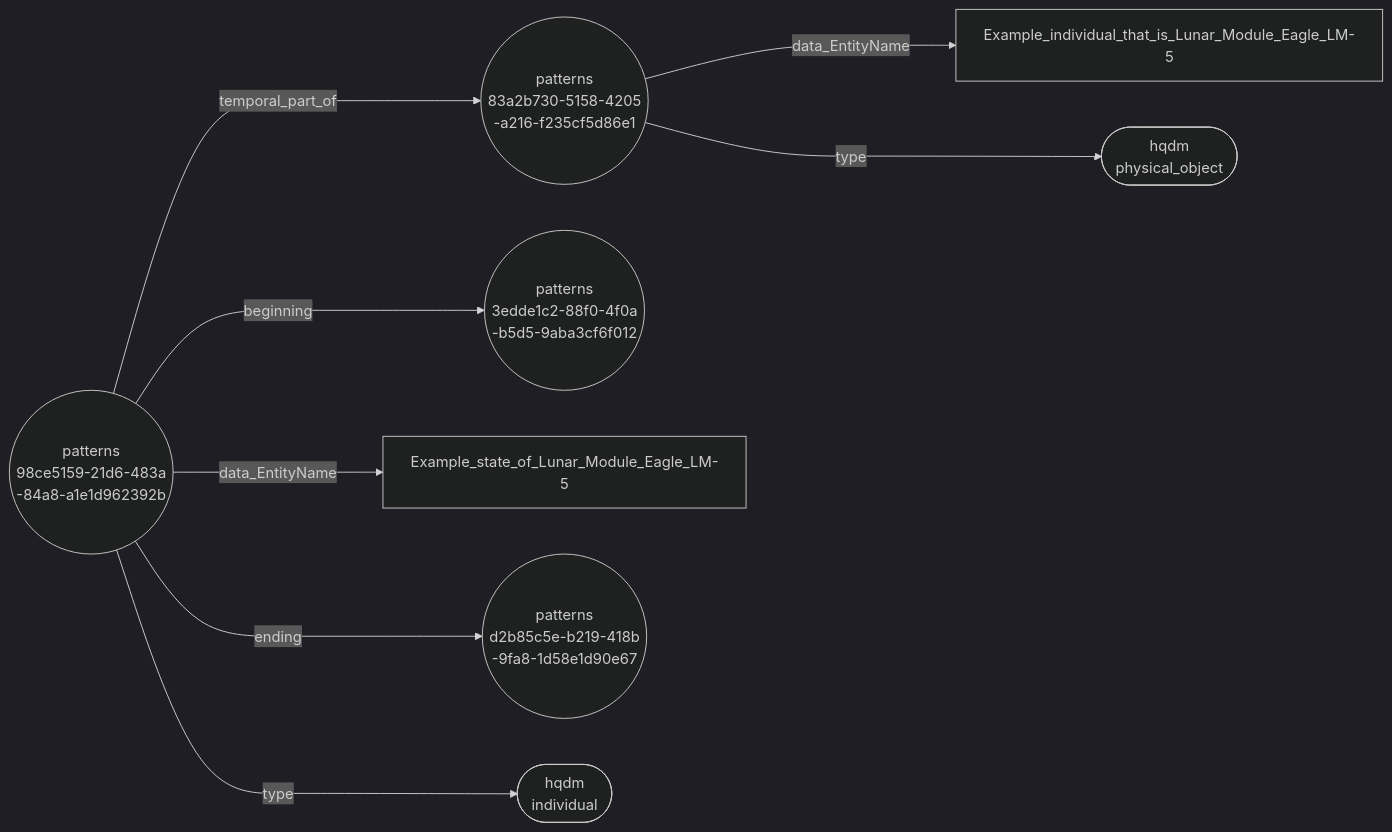
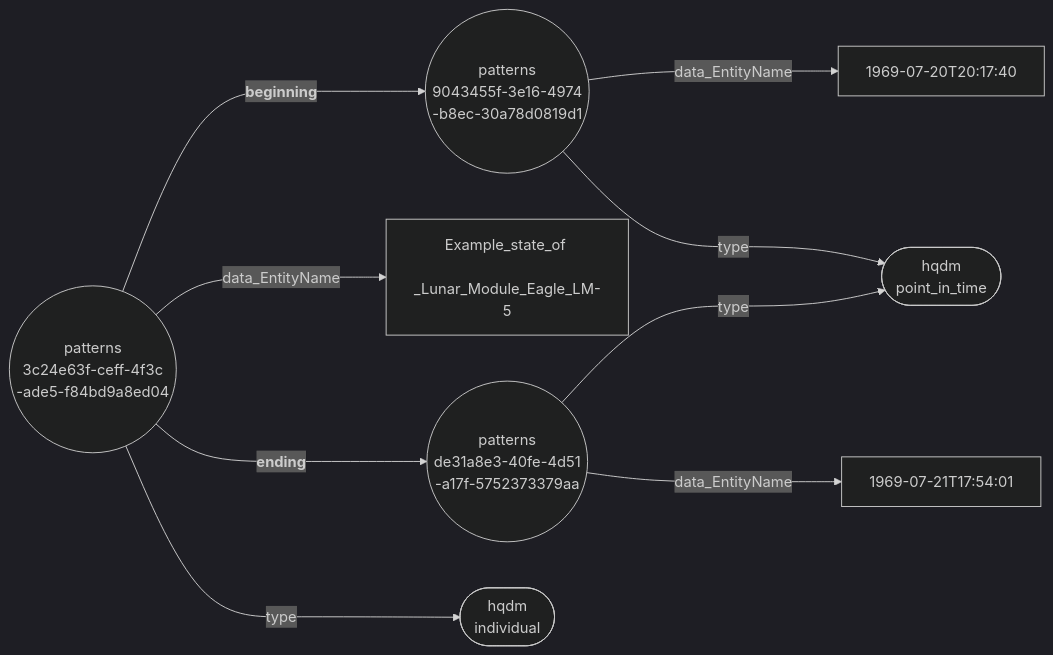
One commit to ClimbingAl/HqdmPatterns changed the diagram in docs/extras/example-files/temporalPartOfIncEventsNodeEdgeGraph.mermaid. Above: the diagram before and after it, drawn with Mermaid (dark theme). The commit also changed 121 other files, not shown here.

Commit message:
Updates to individual example to validate nodeEdge featrues

````diff
--- a/docs/extras/example-files/temporalPartOfIncEventsNodeEdgeGraph.mermaid
+++ b/docs/extras/example-files/temporalPartOfIncEventsNodeEdgeGraph.mermaid
@@ -1,10 +1,11 @@
 ``` mermaid
 graph LR
-  83a2b730-5158-4205-a216-f235cf5d86e1(("patterns <br> 83a2b730-5158-4205 <br> -a216-f235cf5d86e1"))--->|data_EntityName|Example_individual_that_is_Lunar_Module_Eagle_LM-5[Example_individual_that_is_Lunar_Module_Eagle_LM-5];
-  83a2b730-5158-4205-a216-f235cf5d86e1(("patterns <br> 83a2b730-5158-4205 <br> -a216-f235cf5d86e1"))--->|type|physical_object(["hqdm <br> physical_object"]);
-  98ce5159-21d6-483a-84a8-a1e1d962392b(("patterns <br> 98ce5159-21d6-483a <br> -84a8-a1e1d962392b"))--->|beginning|3edde1c2-88f0-4f0a-b5d5-9aba3cf6f012(("patterns <br> 3edde1c2-88f0-4f0a <br> -b5d5-9aba3cf6f012"));
-  98ce5159-21d6-483a-84a8-a1e1d962392b(("patterns <br> 98ce5159-21d6-483a <br> -84a8-a1e1d962392b"))--->|temporal_part_of|83a2b730-5158-4205-a216-f235cf5d86e1(("patterns <br> 83a2b730-5158-4205 <br> -a216-f235cf5d86e1"));
-  98ce5159-21d6-483a-84a8-a1e1d962392b(("patterns <br> 98ce5159-21d6-483a <br> -84a8-a1e1d962392b"))--->|data_EntityName|Example_state_of_Lunar_Module_Eagle_LM-5[Example_state_of_Lunar_Module_Eagle_LM-5];
-  98ce5159-21d6-483a-84a8-a1e1d962392b(("patterns <br> 98ce5159-21d6-483a <br> -84a8-a1e1d962392b"))--->|ending|d2b85c5e-b219-418b-9fa8-1d58e1d90e67(("patterns <br> d2b85c5e-b219-418b <br> -9fa8-1d58e1d90e67"));
-  98ce5159-21d6-483a-84a8-a1e1d962392b(("patterns <br> 98ce5159-21d6-483a <br> -84a8-a1e1d962392b"))--->|type|individual(["hqdm <br> individual"]);
+  3c24e63f-ceff-4f3c-ade5-f84bd9a8ed04(("patterns <br> 3c24e63f-ceff-4f3c <br> -ade5-f84bd9a8ed04"))--->|"<b> beginning"|9043455f-3e16-4974-b8ec-30a78d0819d1(("patterns <br> 9043455f-3e16-4974 <br> -b8ec-30a78d0819d1"));
+  3c24e63f-ceff-4f3c-ade5-f84bd9a8ed04(("patterns <br> 3c24e63f-ceff-4f3c <br> -ade5-f84bd9a8ed04"))--->|"data_EntityName"|Example_state_of_Lunar_Module_Eagle_LM-5["Example_state_of <br> _Lunar_Module_Eagle_LM-5"];
+  3c24e63f-ceff-4f3c-ade5-f84bd9a8ed04(("patterns <br> 3c24e63f-ceff-4f3c <br> -ade5-f84bd9a8ed04"))--->|"<b> ending"|de31a8e3-40fe-4d51-a17f-5752373379aa(("patterns <br> de31a8e3-40fe-4d51 <br> -a17f-5752373379aa"));
+  3c24e63f-ceff-4f3c-ade5-f84bd9a8ed04(("patterns <br> 3c24e63f-ceff-4f3c <br> -ade5-f84bd9a8ed04"))--->|"type"|individual(["hqdm <br> individual"]);
+  9043455f-3e16-4974-b8ec-30a78d0819d1(("patterns <br> 9043455f-3e16-4974 <br> -b8ec-30a78d0819d1"))--->|"data_EntityName"|1969-07-20T20:17:40["1969-07-20T20:17:40"];
+  9043455f-3e16-4974-b8ec-30a78d0819d1(("patterns <br> 9043455f-3e16-4974 <br> -b8ec-30a78d0819d1"))--->|"type"|point_in_time(["hqdm <br> point_in_time"]);
+  de31a8e3-40fe-4d51-a17f-5752373379aa(("patterns <br> de31a8e3-40fe-4d51 <br> -a17f-5752373379aa"))--->|"data_EntityName"|1969-07-21T17:54:01["1969-07-21T17:54:01"];
+  de31a8e3-40fe-4d51-a17f-5752373379aa(("patterns <br> de31a8e3-40fe-4d51 <br> -a17f-5752373379aa"))--->|"type"|point_in_time(["hqdm <br> point_in_time"]);
 ```
````
